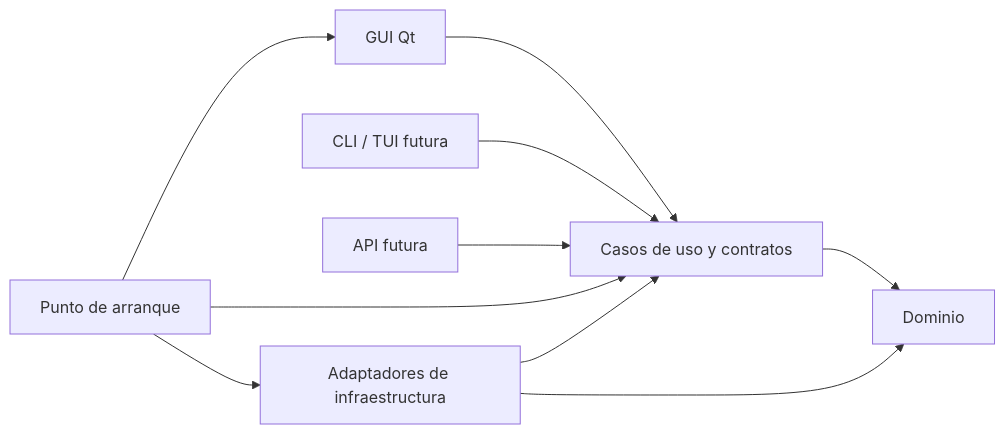
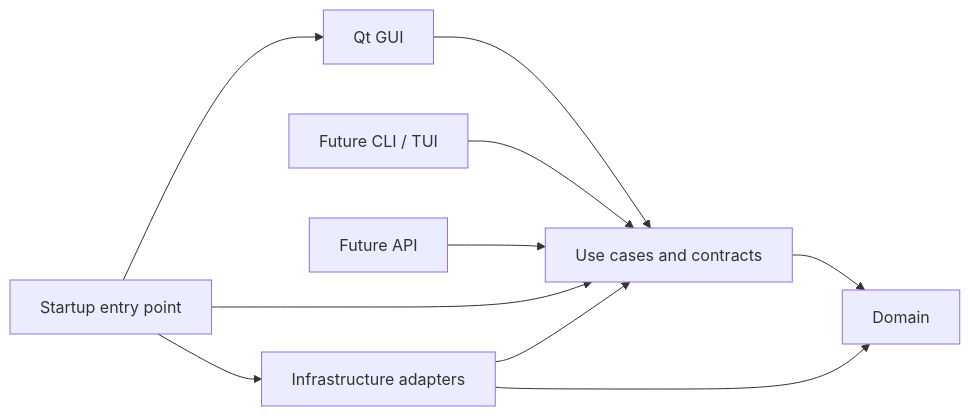
The diagram in docs/architecture.md (Evilchuck666/Trackfolio), drawn with Mermaid before and after one commit. The commit also changed other lines of this file and 70 other files, not shown here.

````diff
--- a/docs/architecture.md
+++ b/docs/architecture.md
@@ -7,12 +7,12 @@
 ```mermaid
 flowchart LR
-    GUI[GUI Qt] --> Application[Casos de uso y contratos]
-    CLI[CLI / TUI futura] --> Application
-    API[API futura] --> Application
-    Application --> Domain[Dominio]
-    Infrastructure[Adaptadores de infraestructura] --> Application
+    GUI[Qt GUI] --> Application[Use cases and contracts]
+    CLI[Future CLI / TUI] --> Application
+    API[Future API] --> Application
+    Application --> Domain[Domain]
+    Infrastructure[Infrastructure adapters] --> Application
     Infrastructure --> Domain
-    Startup[Punto de arranque] --> GUI
+    Startup[Startup entry point] --> GUI
     Startup --> Application
     Startup --> Infrastructure
 ```
````
